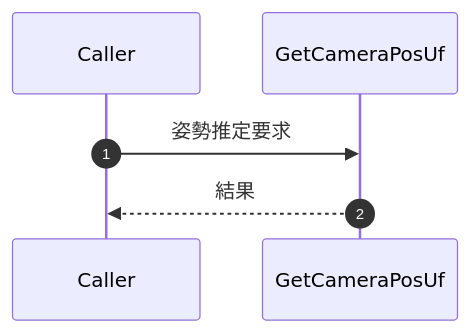
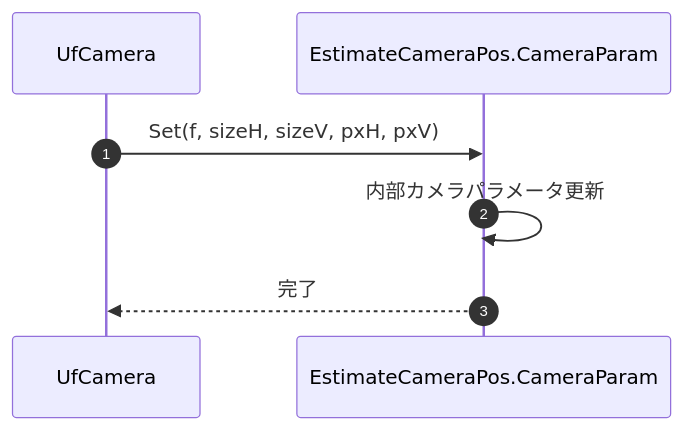
The first of 6 diagrams in docs/UfCamera_詳細設計書/08_メソッド仕様/08-6_EstimateCameraPos連携メンバ.md (HottaTakayuki/ColorAlignmentSoftware), drawn with Mermaid before and after one commit. The commit also changed other lines of this file and 13 other files, not shown here.

````diff
--- a/docs/UfCamera_詳細設計書/08_メソッド仕様/08-6_EstimateCameraPos連携メンバ.md
+++ b/docs/UfCamera_詳細設計書/08_メソッド仕様/08-6_EstimateCameraPos連携メンバ.md
@@ -26,8 +57,10 @@
 ```mermaid
 sequenceDiagram
-	autonumber
-	participant CALLER as Caller
-	participant UF as GetCameraPosUf
-	CALLER->>UF: 姿勢推定要求
-	UF-->>CALLER: 結果
+    autonumber
+    participant CALLER as UfCamera
+    participant C as EstimateCameraPos.CameraParam
+
+    CALLER->>C: Set(f, sizeH, sizeV, pxH, pxV)
+    C->>C: 内部カメラパラメータ更新
+    C-->>CALLER: 完了
 ```
````
